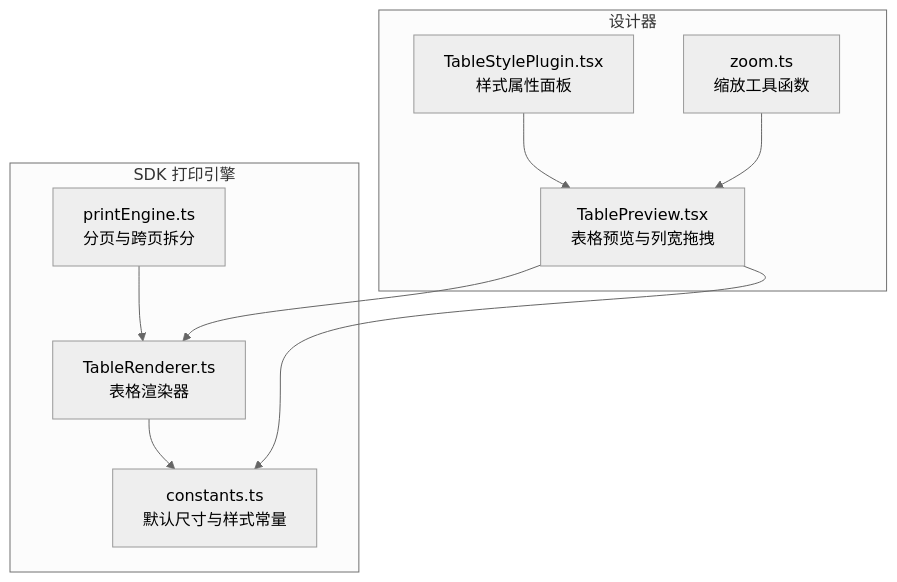
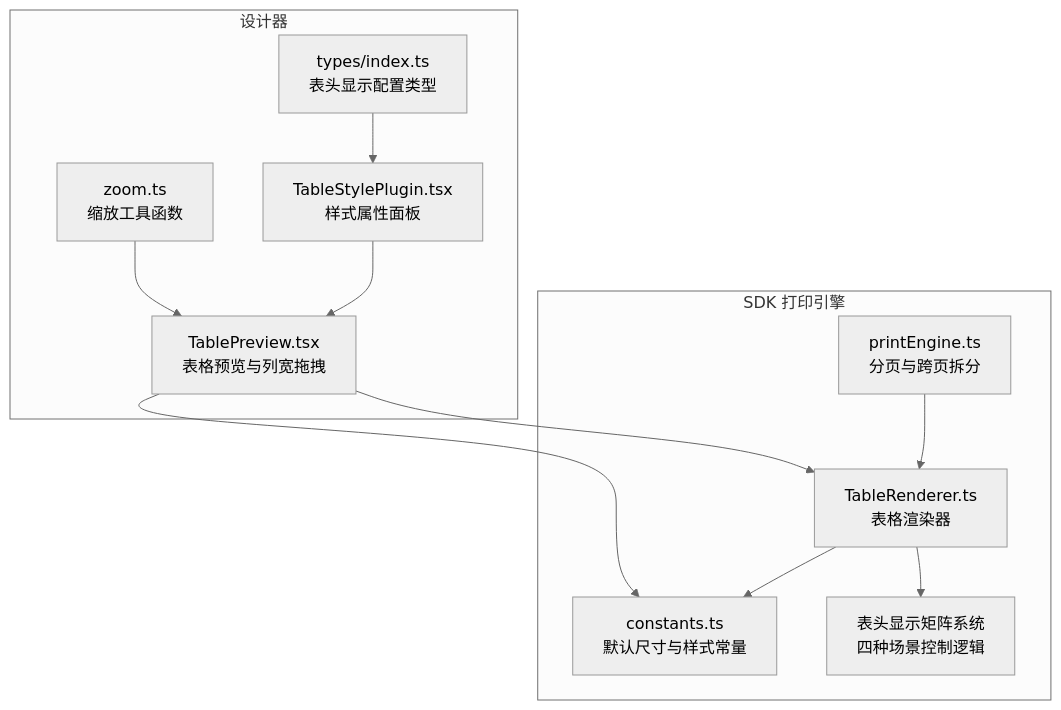
Before and after one commit to joker-yjc/printer: the first of 10 diagrams in .qoder/repowiki/zh/content/项目概述/核心特性/打印引擎系统/表格智能渲染.md, drawn with Mermaid (neutral theme). The commit also changed other lines of this file and 61 other files, not shown here.

````diff
--- a/.qoder/repowiki/zh/content/项目概述/核心特性/打印引擎系统/表格智能渲染.md
+++ b/.qoder/repowiki/zh/content/项目概述/核心特性/打印引擎系统/表格智能渲染.md
@@ -47,19 +48,23 @@
 ```mermaid
 graph TB
 subgraph "SDK 打印引擎"
 PE["printEngine.ts<br/>分页与跨页拆分"]
 TR["TableRenderer.ts<br/>表格渲染器"]
 C["constants.ts<br/>默认尺寸与样式常量"]
+TM["表头显示矩阵系统<br/>四种场景控制逻辑"]
 end
 subgraph "设计器"
 TP["TablePreview.tsx<br/>表格预览与列宽拖拽"]
 TSP["TableStylePlugin.tsx<br/>样式属性面板"]
 Z["zoom.ts<br/>缩放工具函数"]
+TS["types/index.ts<br/>表头显示配置类型"]
 end
 PE --> TR
 TR --> C
+TR --> TM
 TP --> TR
 TP --> C
 TSP --> TP
 Z --> TP
+TS --> TSP
 ```
````
